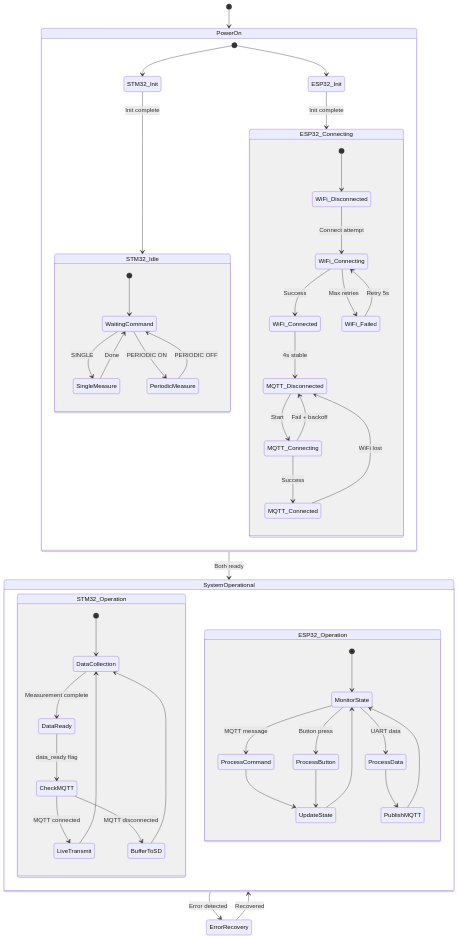
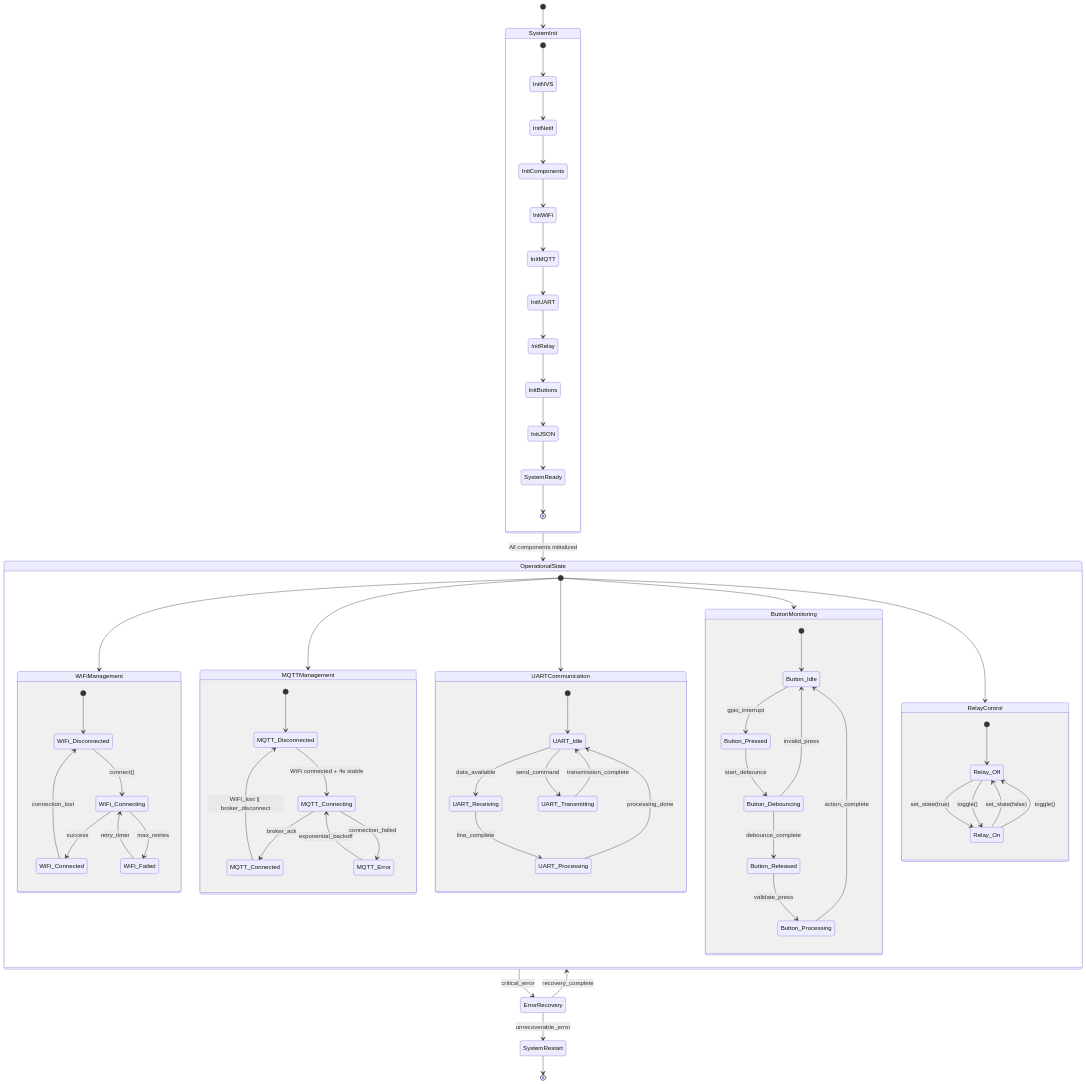
The third of 7 diagrams in documents/firmware/UML_DIAGRAM_FIRMWARE.md (quochung143/datalogger), drawn with Mermaid before and after one commit. The commit also changed other lines of this file and 7 other files, not shown here.

Commit message:
fix diagram, flowchart, UML

````diff
--- a/documents/firmware/UML_DIAGRAM_FIRMWARE.md
+++ b/documents/firmware/UML_DIAGRAM_FIRMWARE.md
@@ -368,62 +318,78 @@
 ```mermaid
 stateDiagram-v2
-    [*] --> PowerOn
+    [*] --> SystemInit
     
-    state PowerOn {
-        [*] --> STM32_Init
-        [*] --> ESP32_Init
+    state SystemInit {
+        [*] --> InitNVS
+        InitNVS --> InitNetif
+        InitNetif --> InitComponents
+        InitComponents --> InitWiFi
+        InitWiFi --> InitMQTT
+        InitMQTT --> InitUART
+        InitUART --> InitRelay
+        InitRelay --> InitButtons
+        InitButtons --> InitJSON
+        InitJSON --> SystemReady
+        SystemReady --> [*]
+    }
+    
+    SystemInit --> OperationalState : All components initialized
+    
+    state OperationalState {
+        [*] --> WiFiManagement
+        [*] --> MQTTManagement
+        [*] --> UARTCommunication
+        [*] --> ButtonMonitoring
+        [*] --> RelayControl
         
-        STM32_Init --> STM32_Idle : Init complete
-        ESP32_Init --> ESP32_Connecting : Init complete
-        
-        state STM32_Idle {
-            [*] --> WaitingCommand
-            WaitingCommand --> SingleMeasure : SINGLE
-            WaitingCommand --> PeriodicMeasure : PERIODIC ON
-            SingleMeasure --> WaitingCommand : Done
-            PeriodicMeasure --> WaitingCommand : PERIODIC OFF
+        state WiFiManagement {
+            [*] --> WiFi_Disconnected
+            WiFi_Disconnected --> WiFi_Connecting : connect()
+            WiFi_Connecting --> WiFi_Connected : success
+            WiFi_Connecting --> WiFi_Failed : max_retries
+            WiFi_Failed --> WiFi_Connecting : retry_timer
+            WiFi_Connected --> WiFi_Disconnected : connection_lost
         }
         
-        state ESP32_Connecting {
-            [*] --> WiFi_Disconnected
-            WiFi_Disconnected --> WiFi_Connecting : Connect attempt
-            WiFi_Connecting --> WiFi_Connected : Success
-            WiFi_Connecting --> WiFi_Failed : Max retries
-            WiFi_Failed --> WiFi_Connecting : Retry 5s
-            WiFi_Connected --> MQTT_Disconnected : 4s stable
-            
-            MQTT_Disconnected --> MQTT_Connecting : Start
-            MQTT_Connecting --> MQTT_Connected : Success
-            MQTT_Connecting --> MQTT_Disconnected : Fail + backoff
-            MQTT_Connected --> MQTT_Disconnected : WiFi lost
+        state MQTTManagement {
+            [*] --> MQTT_Disconnected
+            MQTT_Disconnected --> MQTT_Connecting : WiFi connected + 4s stable
+            MQTT_Connecting --> MQTT_Connected : broker_ack
+            MQTT_Connecting --> MQTT_Error : connection_failed
+            MQTT_Error --> MQTT_Connecting : exponential_backoff
+            MQTT_Connected --> MQTT_Disconnected : WiFi_lost || broker_disconnect
+        }
+        
+        state UARTCommunication {
+            [*] --> UART_Idle
+            UART_Idle --> UART_Receiving : data_available
+            UART_Receiving --> UART_Processing : line_complete
+            UART_Processing --> UART_Idle : processing_done
+            UART_Idle --> UART_Transmitting : send_command
+            UART_Transmitting --> UART_Idle : transmission_complete
+        }
+        
+        state ButtonMonitoring {
+            [*] --> Button_Idle
+            Button_Idle --> Button_Pressed : gpio_interrupt
+            Button_Pressed --> Button_Debouncing : start_debounce
+            Button_Debouncing --> Button_Released : debounce_complete
+            Button_Released --> Button_Processing : validate_press
+            Button_Processing --> Button_Idle : action_complete
+            Button_Debouncing --> Button_Idle : invalid_press
+        }
+        
+        state RelayControl {
+            [*] --> Relay_Off
+            Relay_Off --> Relay_On : set_state(true)
+            Relay_On --> Relay_Off : set_state(false)
+            Relay_Off --> Relay_On : toggle()
+            Relay_On --> Relay_Off : toggle()
         }
     }
     
-    state SystemOperational {
-        state STM32_Operation {
-            [*] --> DataCollection
-            DataCollection --> DataReady : Measurement complete
-            DataReady --> CheckMQTT : data_ready flag
-            CheckMQTT --> LiveTransmit : MQTT connected
-            CheckMQTT --> BufferToSD : MQTT disconnected
-            LiveTransmit --> DataCollection
-            BufferToSD --> DataCollection
-        }
-        
-        state ESP32_Operation {
-            [*] --> MonitorState
-            MonitorState --> ProcessCommand : MQTT message
-            MonitorState --> ProcessData : UART data
-            MonitorState --> ProcessButton : Button press
-            ProcessCommand --> UpdateState
-            ProcessData --> PublishMQTT
-            ProcessButton --> UpdateState
-            UpdateState --> MonitorState
-            PublishMQTT --> MonitorState
-        }
-    }
-    
-    PowerOn --> SystemOperational : Both ready
-    SystemOperational --> ErrorRecovery : Error detected
-    ErrorRecovery --> SystemOperational : Recovered
+    OperationalState --> ErrorRecovery : critical_error
+    ErrorRecovery --> OperationalState : recovery_complete
+    ErrorRecovery --> SystemRestart : unrecoverable_error
+    SystemRestart --> [*]
 ```
````
